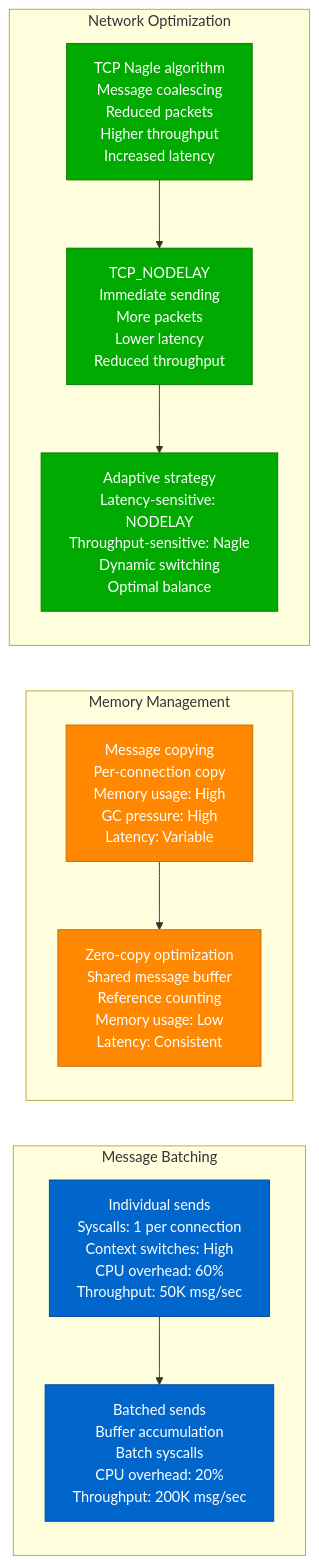
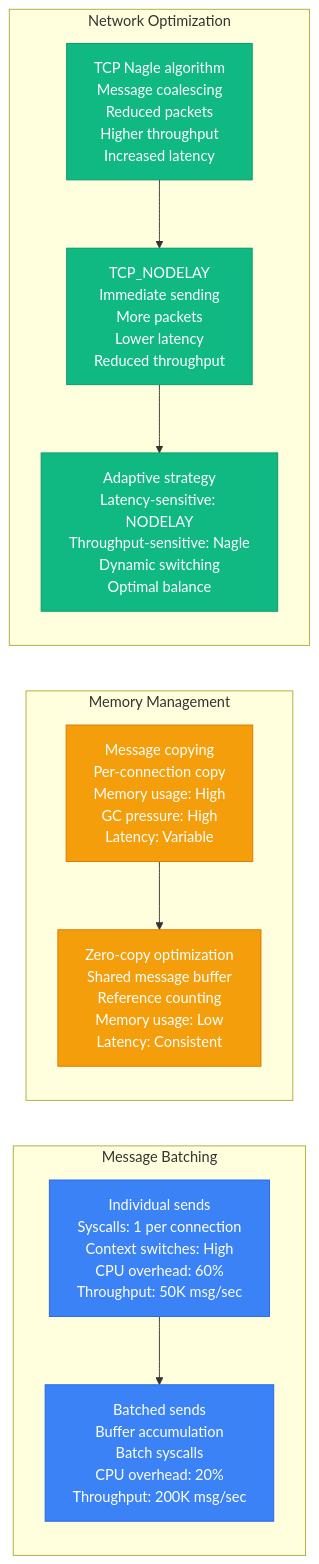
One commit to deepaucksharma/DS changed the fourth of 11 diagrams in site/docs/performance/websocket-performance-profile.md. Above: the diagram before and after it, drawn with Mermaid. The commit also changed other lines of this file and 303 other files, not shown here.

````diff
--- a/site/docs/performance/websocket-performance-profile.md
+++ b/site/docs/performance/websocket-performance-profile.md
@@ -146,36 +146,36 @@
 ```mermaid
 graph LR
     subgraph "Message Batching"
         BATCH1[Individual sends<br/>Syscalls: 1 per connection<br/>Context switches: High<br/>CPU overhead: 60%<br/>Throughput: 50K msg/sec]
 
         BATCH2[Batched sends<br/>Buffer accumulation<br/>Batch syscalls<br/>CPU overhead: 20%<br/>Throughput: 200K msg/sec]
 
         BATCH1 --> BATCH2
     end
 
     subgraph "Memory Management"
         MEM1[Message copying<br/>Per-connection copy<br/>Memory usage: High<br/>GC pressure: High<br/>Latency: Variable]
 
         MEM2[Zero-copy optimization<br/>Shared message buffer<br/>Reference counting<br/>Memory usage: Low<br/>Latency: Consistent]
 
         MEM1 --> MEM2
     end
 
     subgraph "Network Optimization"
         NET1[TCP Nagle algorithm<br/>Message coalescing<br/>Reduced packets<br/>Higher throughput<br/>Increased latency]
 
         NET2[TCP_NODELAY<br/>Immediate sending<br/>More packets<br/>Lower latency<br/>Reduced throughput]
 
         NET3[Adaptive strategy<br/>Latency-sensitive: NODELAY<br/>Throughput-sensitive: Nagle<br/>Dynamic switching<br/>Optimal balance]
 
         NET1 --> NET2 --> NET3
     end
 
-    classDef batchStyle fill:#0066CC,stroke:#004499,color:#fff
-    classDef memStyle fill:#FF8800,stroke:#CC6600,color:#fff
-    classDef netStyle fill:#00AA00,stroke:#007700,color:#fff
+    classDef batchStyle fill:#3B82F6,stroke:#2563EB,color:#fff
+    classDef memStyle fill:#F59E0B,stroke:#D97706,color:#fff
+    classDef netStyle fill:#10B981,stroke:#059669,color:#fff
 
     class BATCH1,BATCH2 batchStyle
     class MEM1,MEM2 memStyle
     class NET1,NET2,NET3 netStyle
 ```
````
